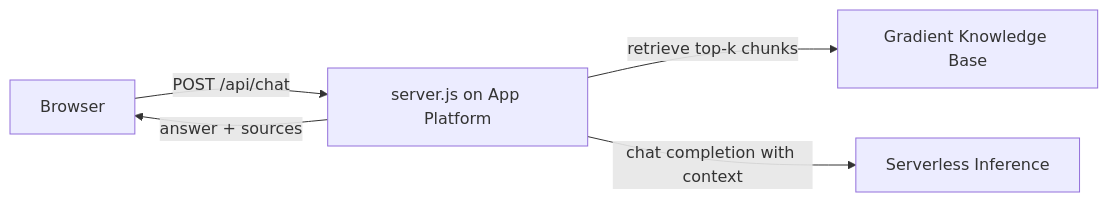
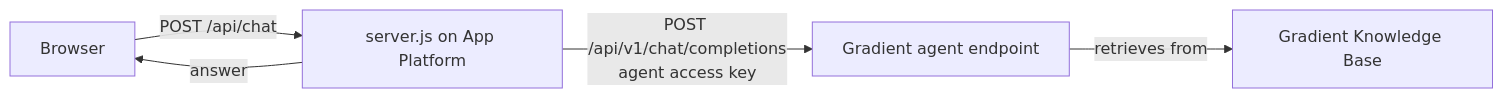
One commit to hgonzalez-do/doctl-support-bot changed the diagram in README.md. Above: the diagram before and after it, drawn with Mermaid. The commit also changed other lines of this file and 3 other files, not shown here.

First line of the commit message:
Answer through a Gradient agent endpoint; drop the DO API token from the web tier

````diff
--- a/README.md
+++ b/README.md
@@ -55,7 +62,7 @@
 ```mermaid
 flowchart LR
   U[Browser] -->|POST /api/chat| S[server.js on App Platform]
-  S -->|retrieve top-k chunks| KB[Gradient Knowledge Base]
-  S -->|chat completion with context| SI[Serverless Inference]
-  S -->|answer + sources| U
+  S -->|POST /api/v1/chat/completions<br/>agent access key| A[Gradient agent endpoint]
+  A -->|retrieves from| KB[Gradient Knowledge Base]
+  S -->|answer| U
 ```
````
